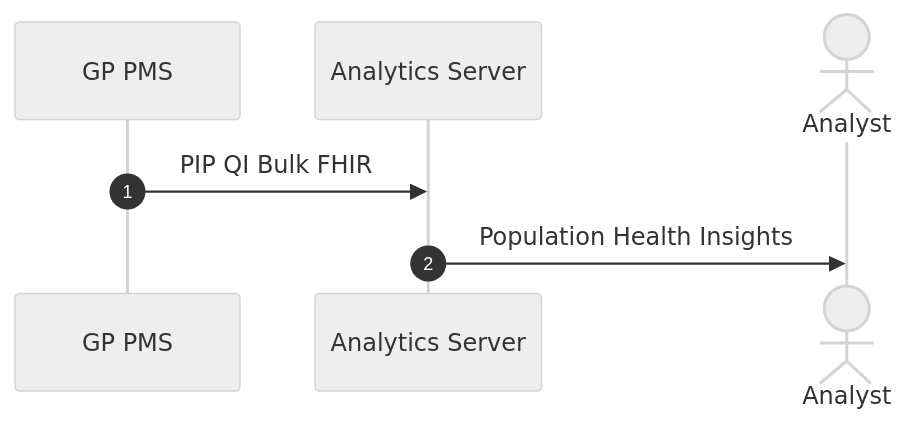
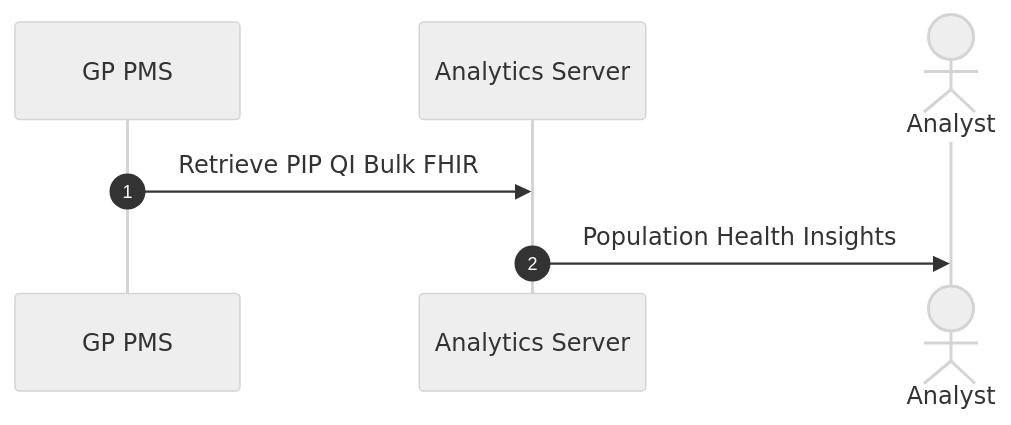
One commit to hl7au/au-fhir-test-data changed the seventh of 7 diagrams in au-fhir-test-data-set/connected-care/Alex Story Interactions.md. Above: the diagram before and after it, drawn with Mermaid (neutral theme). The commit also changed other lines of this file, not shown here.

Commit message:
Updated Alex Story Interactions to add interaction summary and links to test data. Updated some sequences

````diff
--- a/au-fhir-test-data-set/connected-care/Alex Story Interactions.md
+++ b/au-fhir-test-data-set/connected-care/Alex Story Interactions.md
@@ -181,10 +279,10 @@
 ```mermaid
 sequenceDiagram
     autonumber
     participant PMS as GP PMS
     participant AnlSvr as Analytics Server
     actor Analyst
 
-    PMS->>AnlSvr: PIP QI Bulk FHIR
+    PMS->>AnlSvr: Retrieve PIP QI Bulk FHIR
     AnlSvr->>Analyst: Population Health Insights
 ```
````
